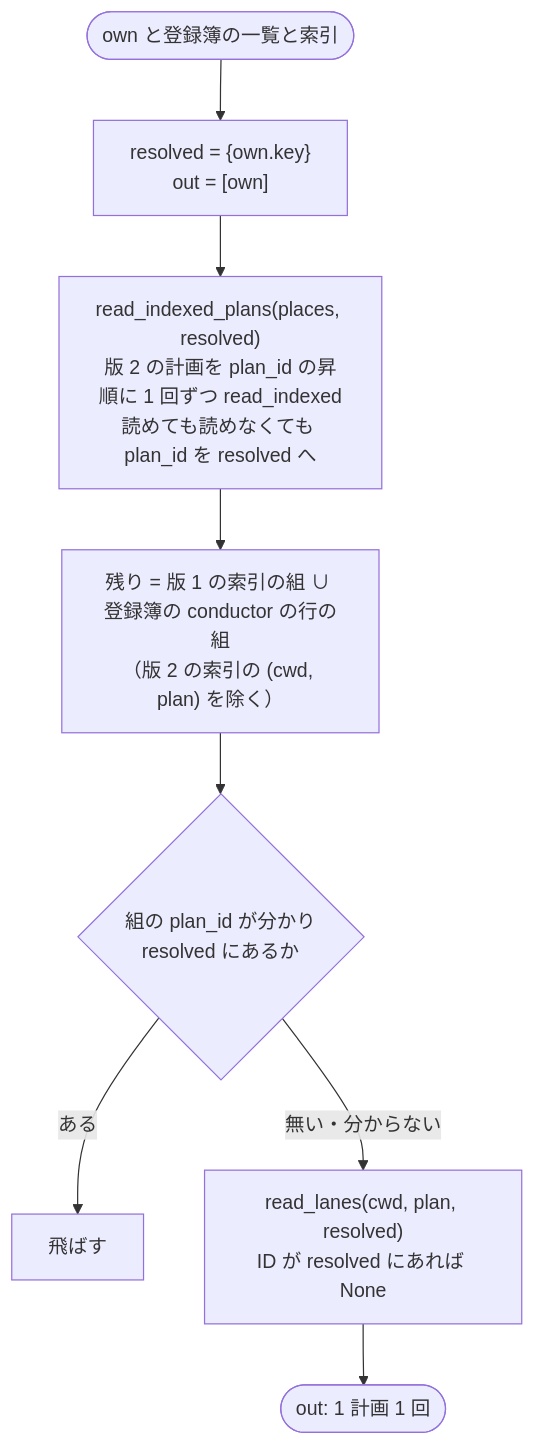
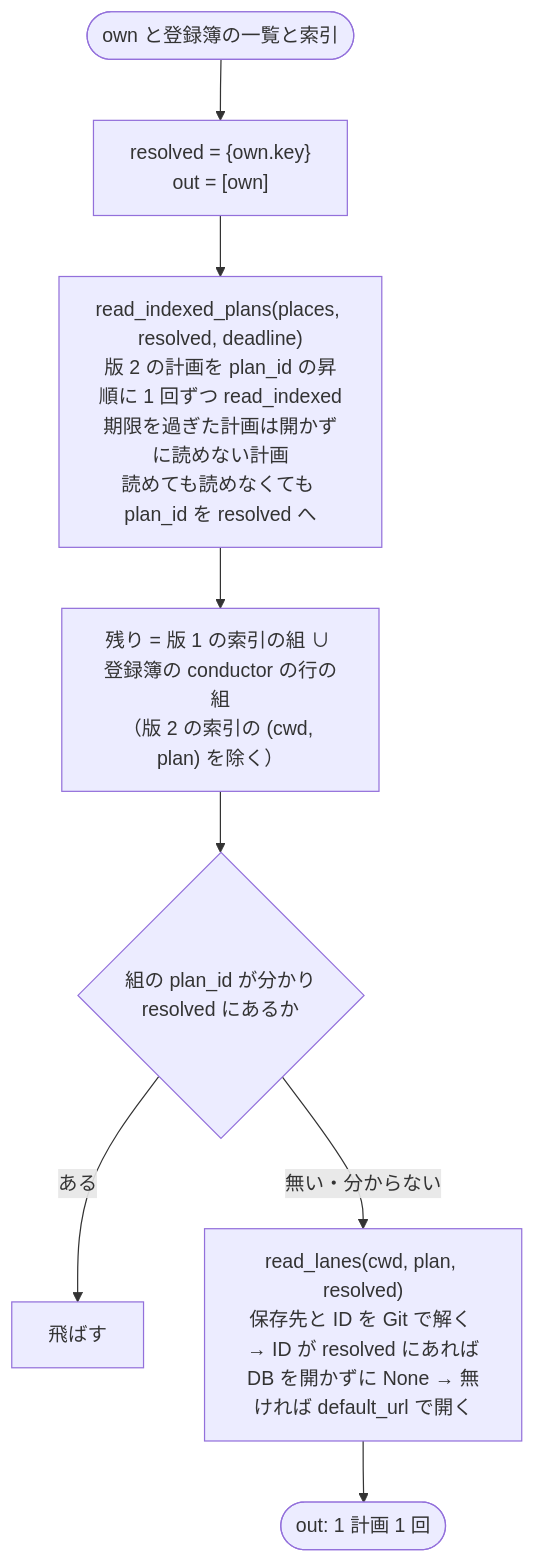
Before and after one commit to devbasex/ai-plugins: the third of 3 diagrams in issues/issue-4113-design.md, drawn with Mermaid. The commit also changed other lines of this file, not shown here.

````diff
--- a/issues/issue-4113-design.md
+++ b/issues/issue-4113-design.md
@@ -66,10 +69,10 @@
 ```mermaid
 flowchart TD
   S([own と登録簿の一覧と索引]) --> A["resolved = {own.key}<br>out = [own]"]
-  A --> V["read_indexed_plans(places, resolved)<br>版 2 の計画を plan_id の昇順に 1 回ずつ read_indexed<br>読めても読めなくても plan_id を resolved へ"]
+  A --> V["read_indexed_plans(places, resolved, deadline)<br>版 2 の計画を plan_id の昇順に 1 回ずつ read_indexed<br>期限を過ぎた計画は開かずに読めない計画<br>読めても読めなくても plan_id を resolved へ"]
   V --> L["残り = 版 1 の索引の組 ∪ 登録簿の conductor の行の組<br>（版 2 の索引の (cwd, plan) を除く）"]
   L --> R{"組の plan_id が分かり<br>resolved にあるか"}
   R -- ある --> N[飛ばす]
-  R -- "無い・分からない" --> RL["read_lanes(cwd, plan, resolved)<br>ID が resolved にあれば None"]
+  R -- "無い・分からない" --> RL["read_lanes(cwd, plan, resolved)<br>保存先と ID を Git で解く → ID が resolved にあれば<br>DB を開かずに None → 無ければ default_url で開く"]
   RL --> O([out: 1 計画 1 回])
 ```
````
